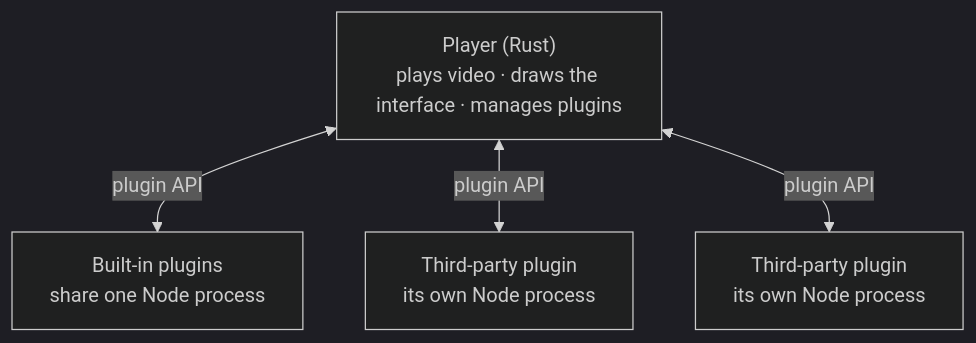
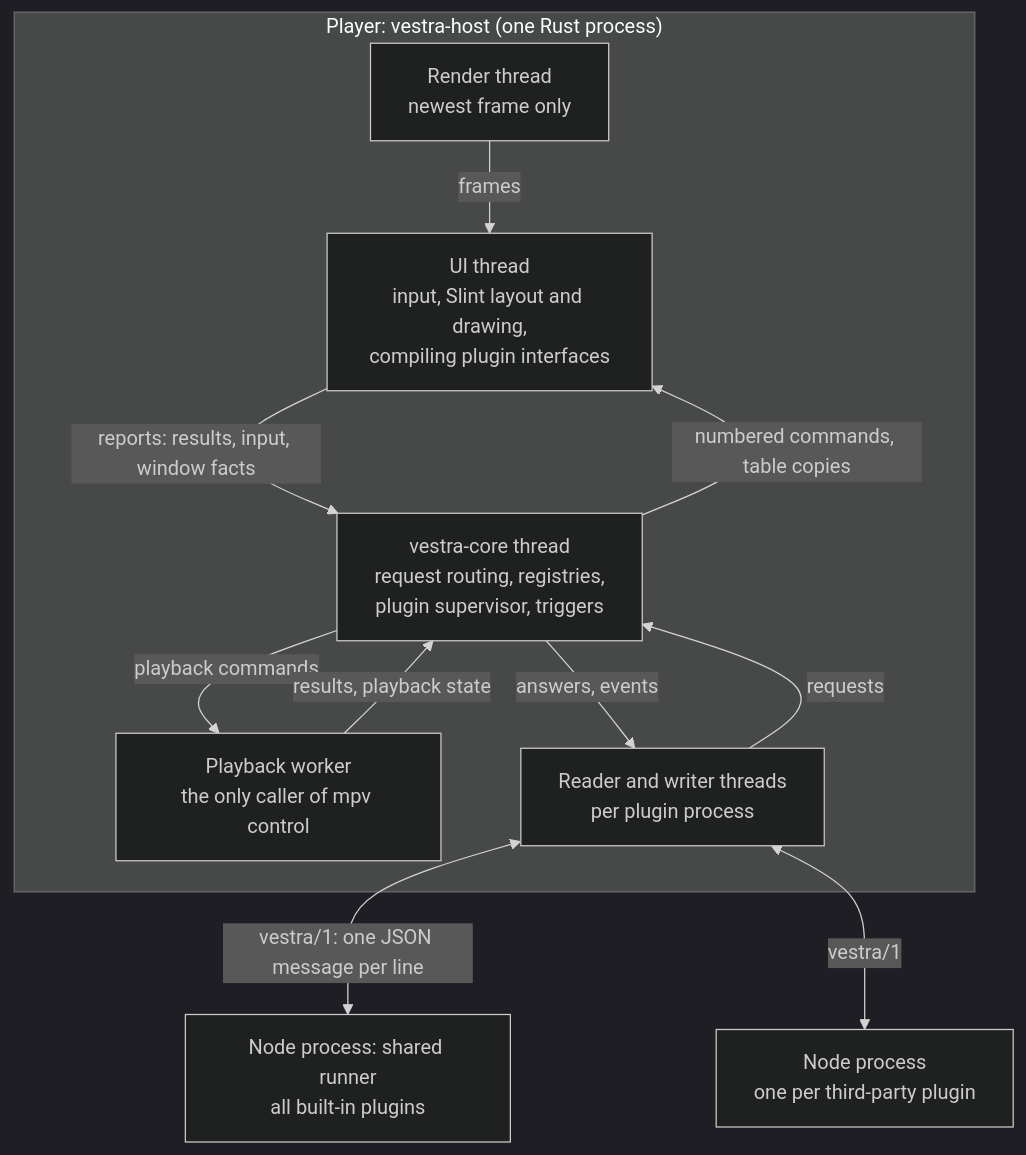
The diagram in README.md (vestrasys/vestra-player), drawn with Mermaid (dark theme) before and after one commit. The commit also changed other lines of this file, not shown here.

First line of the commit message:
README: Architecture rewritten around the core's threads, the supervisor and the plugin path (trigger and stream examples); Repository layout removed; no links into doc/ [skip ci]

````diff
--- a/README.md
+++ b/README.md
@@ -48,10 +48,21 @@
 ```mermaid
 flowchart TB
-    Player["Player (Rust)<br/>plays video · draws the interface · manages plugins"]
-    Builtins["Built-in plugins<br/>share one Node process"]
-    PluginA["Third-party plugin<br/>its own Node process"]
-    PluginB["Third-party plugin<br/>its own Node process"]
-    Player <-->|"plugin API"| Builtins
-    Player <-->|"plugin API"| PluginA
-    Player <-->|"plugin API"| PluginB
+    subgraph HOST["Player: vestra-host (one Rust process)"]
+        UI["UI thread<br/>input, Slint layout and drawing,<br/>compiling plugin interfaces"]
+        CORE["vestra-core thread<br/>request routing, registries,<br/>plugin supervisor, triggers"]
+        PB["Playback worker<br/>the only caller of mpv control"]
+        RT["Render thread<br/>newest frame only"]
+        IO["Reader and writer threads<br/>per plugin process"]
+    end
+    SR["Node process: shared runner<br/>all built-in plugins"]
+    TP["Node process<br/>one per third-party plugin"]
+    CORE -- "numbered commands, table copies" --> UI
+    UI -- "reports: results, input, window facts" --> CORE
+    CORE -- "playback commands" --> PB
+    PB -- "results, playback state" --> CORE
+    RT -- "frames" --> UI
+    IO -- "requests" --> CORE
+    CORE -- "answers, events" --> IO
+    IO <-->|"vestra/1: one JSON message per line"| SR
+    IO <-->|"vestra/1"| TP
 ```
````
